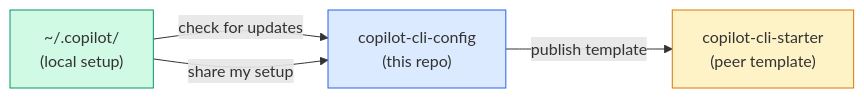
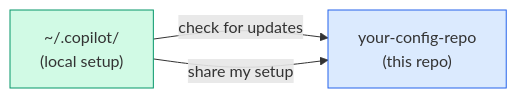
One commit to jimbanach/copilot-cli-starter changed the second of 2 diagrams in README.md. Above: the diagram before and after it, drawn with Mermaid. The commit also changed other lines of this file, not shown here.

First line of the commit message:
Align starter README with config repo — fix 11 content drift issues

````diff
--- a/README.md
+++ b/README.md
@@ -277,14 +280,11 @@
 ```mermaid
 graph LR
     LOCAL["~/.copilot/\n(local setup)"]
-    REPO["copilot-cli-config\n(this repo)"]
-    TEMPLATE["copilot-cli-starter\n(peer template)"]
+    REPO["your-config-repo\n(this repo)"]
 
     LOCAL -- "check for updates" --> REPO
     LOCAL -- "share my setup" --> REPO
-    REPO -- "publish template" --> TEMPLATE
 
     style LOCAL fill:#d1fae5,stroke:#059669
     style REPO fill:#dbeafe,stroke:#2563eb
-    style TEMPLATE fill:#fef3c7,stroke:#d97706
 ```
````
